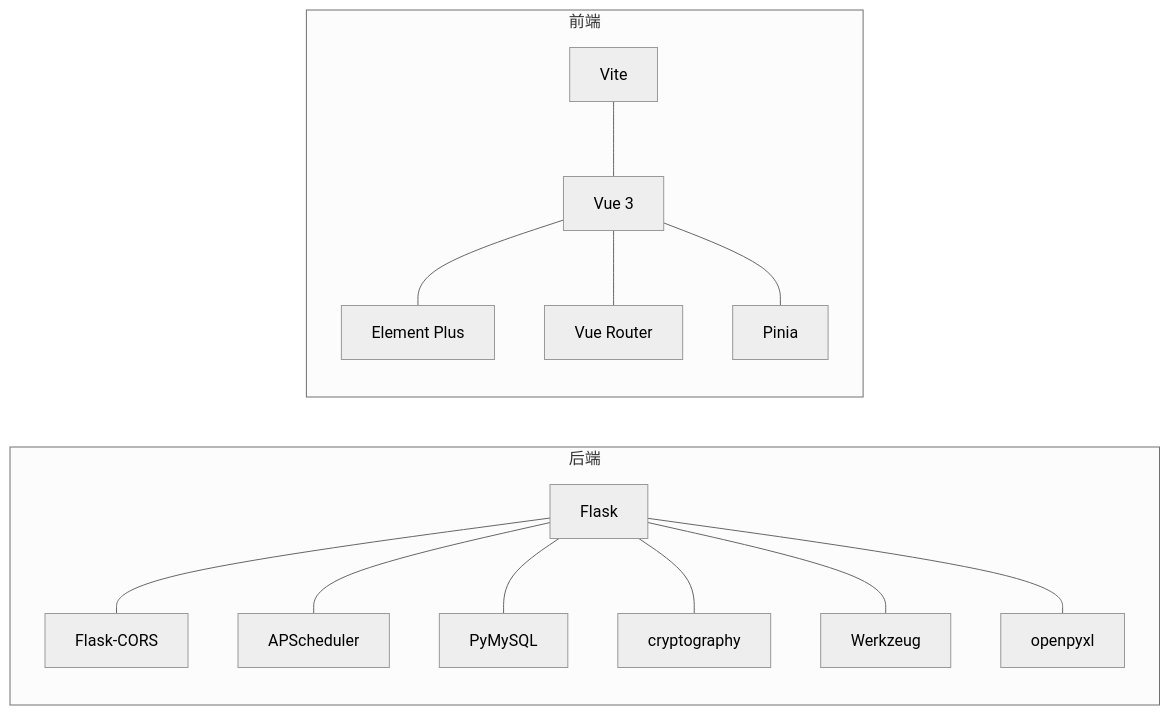
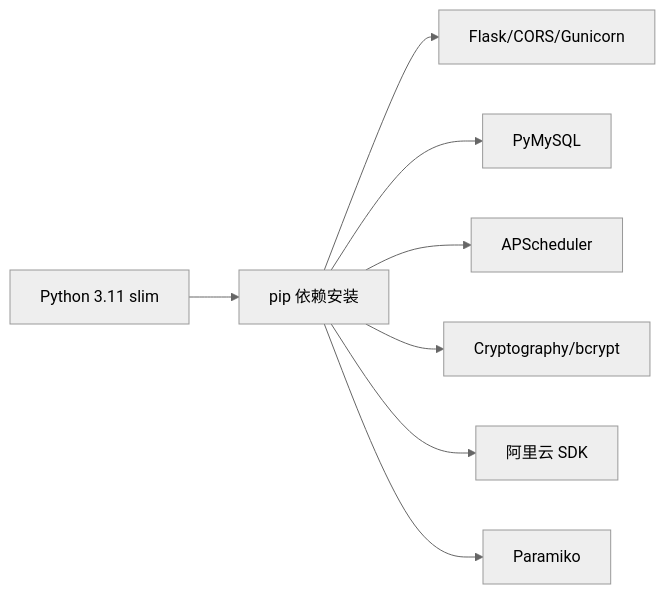
The sixth of 6 diagrams in .qoder/repowiki/zh/content/快速开始.md (ismine3/OPS), drawn with Mermaid (neutral theme) before and after one commit. The commit also changed other lines of this file and 157 other files, not shown here.

````diff
--- a/.qoder/repowiki/zh/content/快速开始.md
+++ b/.qoder/repowiki/zh/content/快速开始.md
@@ -271,29 +193,10 @@
 ```mermaid
 graph LR
-subgraph "后端"
-Flask["Flask"]
-CORS["Flask-CORS"]
-APS["APScheduler"]
-PyMy["PyMySQL"]
-Crypto["cryptography"]
-OpenX["openpyxl"]
-Werk["Werkzeug"]
-end
-subgraph "前端"
-Vue["Vue 3"]
-EP["Element Plus"]
-VR["Vue Router"]
-Pinia["Pinia"]
-Vite["Vite"]
-end
-Flask --- CORS
-Flask --- APS
-Flask --- PyMy
-Flask --- Crypto
-Flask --- Werk
-Flask --- OpenX
-Vue --- EP
-Vue --- VR
-Vue --- Pinia
-Vite --- Vue
+Py["Python 3.11 slim"] --> Deps["pip 依赖安装"]
+Deps --> Flask["Flask/CORS/Gunicorn"]
+Deps --> DB["PyMySQL"]
+Deps --> Sched["APScheduler"]
+Deps --> Crypto["Cryptography/bcrypt"]
+Deps --> Ali["阿里云 SDK"]
+Deps --> SSH["Paramiko"]
 ```
````
